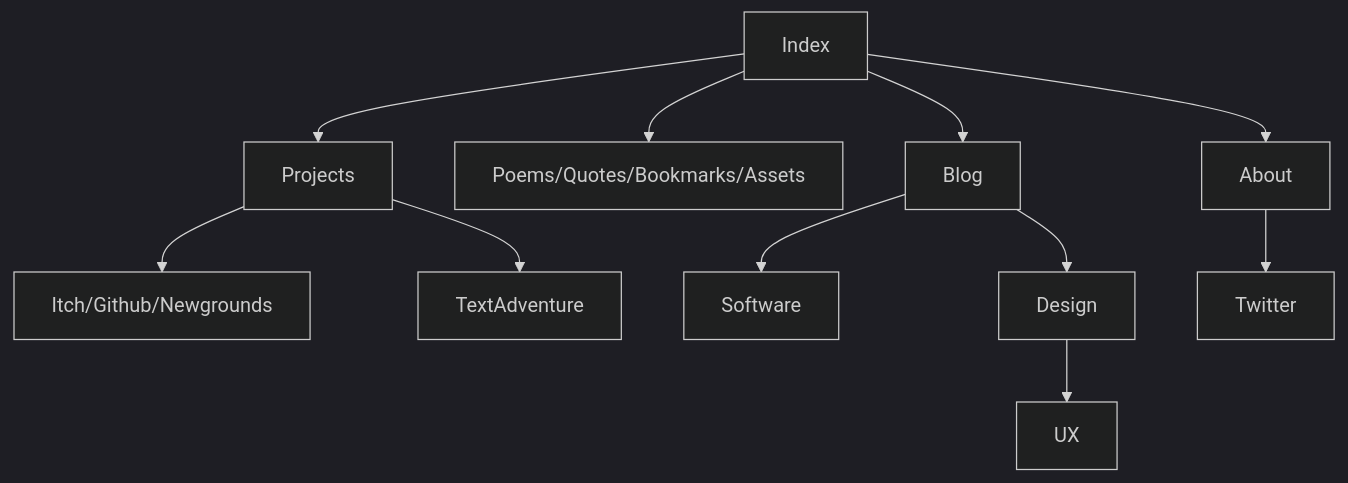
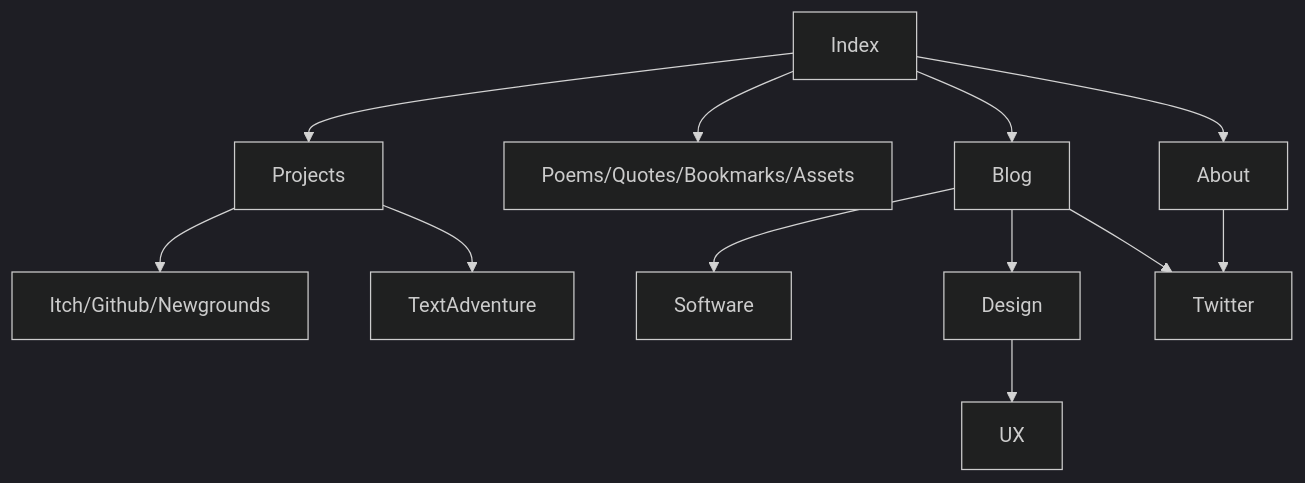
The diagram in README.md (boukew99/boukew99.github.io), drawn with Mermaid (dark theme) before and after one commit.

````diff
--- a/README.md
+++ b/README.md
@@ -7,13 +7,13 @@
 ```mermaid
 graph TD;
     Index-->Projects-->Itch/Github/Newgrounds; 
         Projects-->TextAdventure
   
     Index-->Poems/Quotes/Bookmarks/Assets;    
     Index-->Blog;
         Blog-->Software;
         Blog-->Design-->UX;
-        
+        Blog-->Twitter;
     Index-->About; About-->Twitter;
 
 ```
````
